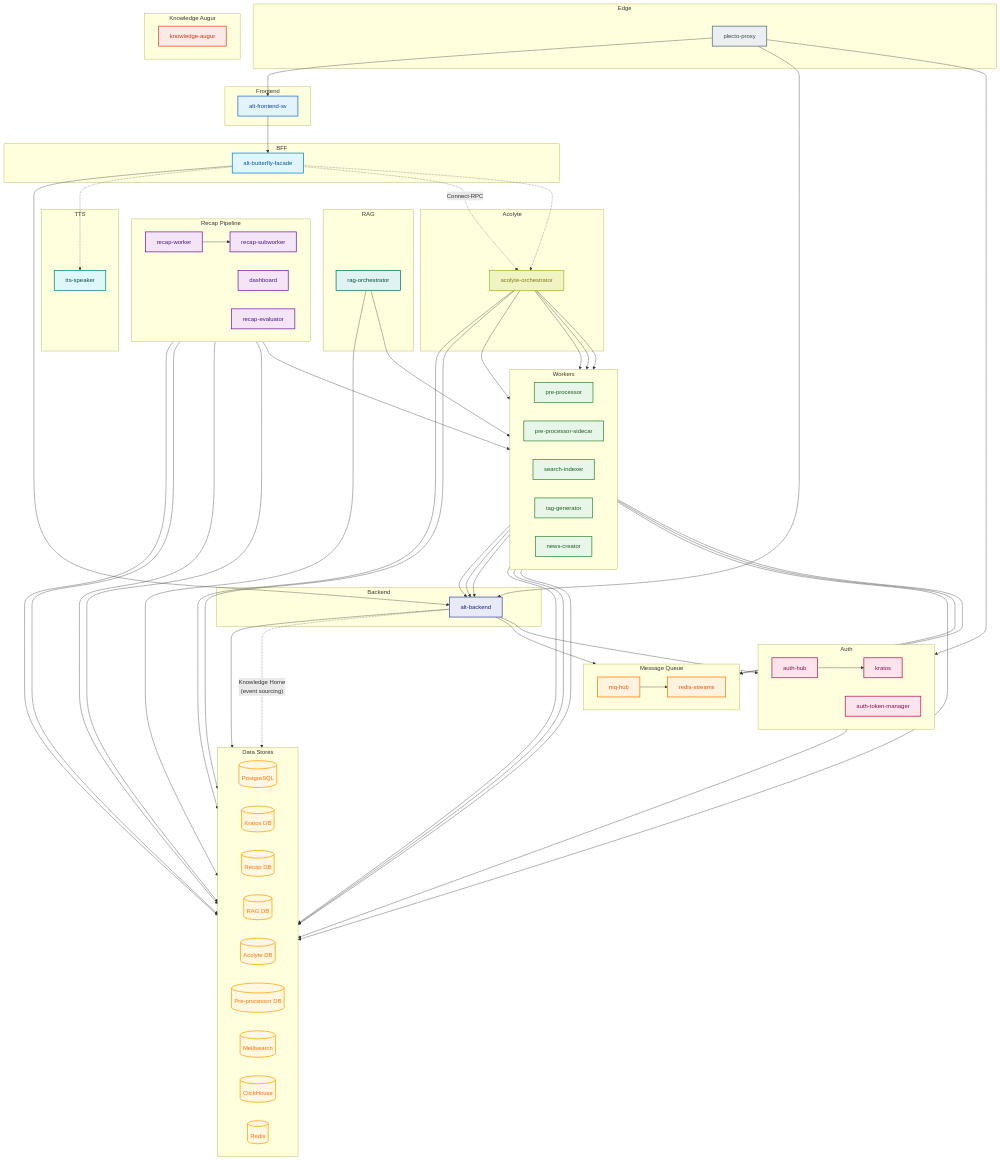
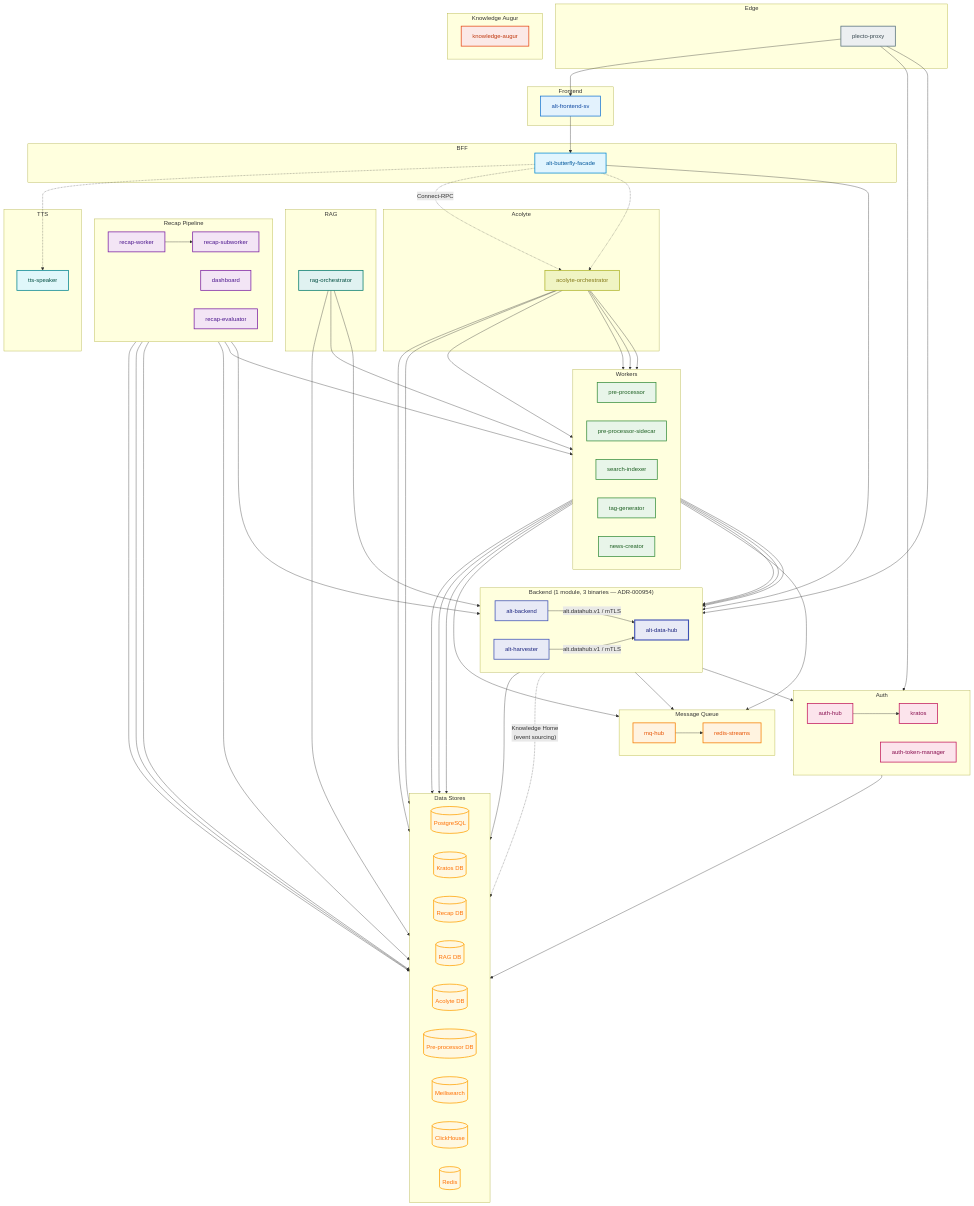
The diagram in docs/services/MICROSERVICES.md (Kaikei-e/Alt), drawn with Mermaid before and after one commit. The commit also changed other lines of this file and 21 other files, not shown here.

```diff
--- a/docs/services/MICROSERVICES.md
+++ b/docs/services/MICROSERVICES.md
@@ -153,8 +173,11 @@
         alt-butterfly-facade
     end
 
-    subgraph Backend["Backend"]
+    subgraph Backend["Backend (1 module, 3 binaries — ADR-000954)"]
+        direction LR
         alt-backend
+        alt-harvester
+        alt-data-hub
     end
 
     subgraph Auth["Auth"]
@@ -220,14 +243,21 @@
     %% Request flow (plecto upstreams: alt-frontend-sv, alt-backend, kratos, dashboard)
     plecto-proxy --> alt-frontend-sv & alt-backend & kratos
     alt-frontend-sv --> alt-butterfly-facade --> alt-backend
-    alt-backend --> db & mq-hub & auth-hub
-    alt-backend -.->|"Knowledge Home\n(event sourcing)"| db
+    alt-backend --> mq-hub & auth-hub
     auth-hub --> kratos --> kratos-db
 
-    %% Worker connections (ADR-000241: via alt-backend Internal API)
-    search-indexer --> alt-backend & meilisearch
-    tag-generator --> alt-backend & redis-streams
-    pre-processor --> db & alt-backend & redis-streams
+    %% alt-db ownership (ADR-000241 + ADR-000954): alt-data-hub is the only
+    %% process holding a DB DSN. Everyone else, alt-backend and alt-harvester
+    %% included, goes through alt.datahub.v1.DataHubService over mTLS :9443.
+    alt-data-hub --> db
+    alt-backend -->|"alt.datahub.v1 / mTLS"| alt-data-hub
+    alt-harvester -->|"alt.datahub.v1 / mTLS"| alt-data-hub
+    alt-data-hub -.->|"Knowledge Home\n(event sourcing)"| db
+
+    %% Worker connections
+    search-indexer --> alt-data-hub & meilisearch
+    tag-generator --> alt-data-hub & redis-streams
+    pre-processor --> alt-data-hub & redis-streams
     news-creator --> redis-cache
     mq-hub --> redis-streams
 
@@ -244,7 +274,8 @@
     %% Pipeline connections
     recap-worker --> recap-db & recap-subworker & news-creator
     recap-subworker & dashboard & recap-evaluator --> recap-db
-    rag-orchestrator --> rag-db & search-indexer
+    rag-orchestrator --> rag-db & search-indexer & alt-data-hub
+    recap-worker --> alt-data-hub
 
     %% Acolyte connections
     alt-butterfly-facade -.-> acolyte-orchestrator
@@ -261,6 +292,8 @@
 
     %% Styling - Backend (indigo)
     style alt-backend fill:#e8eaf6,stroke:#3f51b5,color:#1a237e,stroke-width:2px
+    style alt-harvester fill:#e8eaf6,stroke:#3f51b5,color:#1a237e,stroke-width:2px
+    style alt-data-hub fill:#e8eaf6,stroke:#3f51b5,color:#1a237e,stroke-width:3px
 
     %% Styling - Auth (pink)
     style kratos fill:#fce4ec,stroke:#c2185b,color:#880e4f,stroke-width:2px
```
